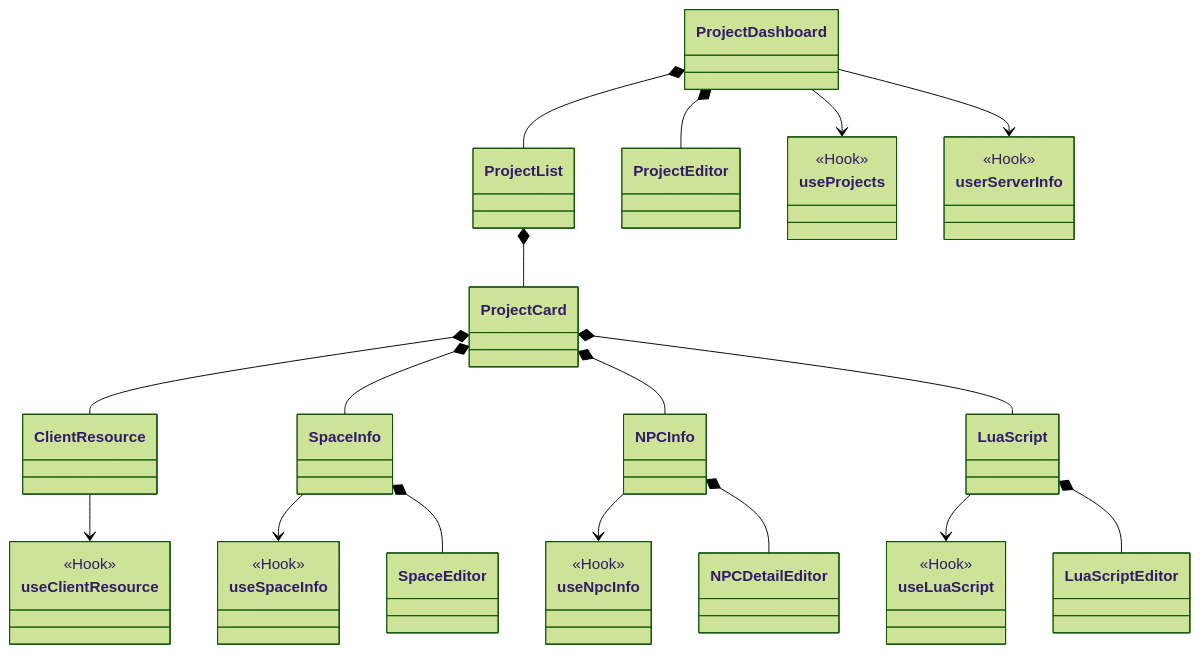
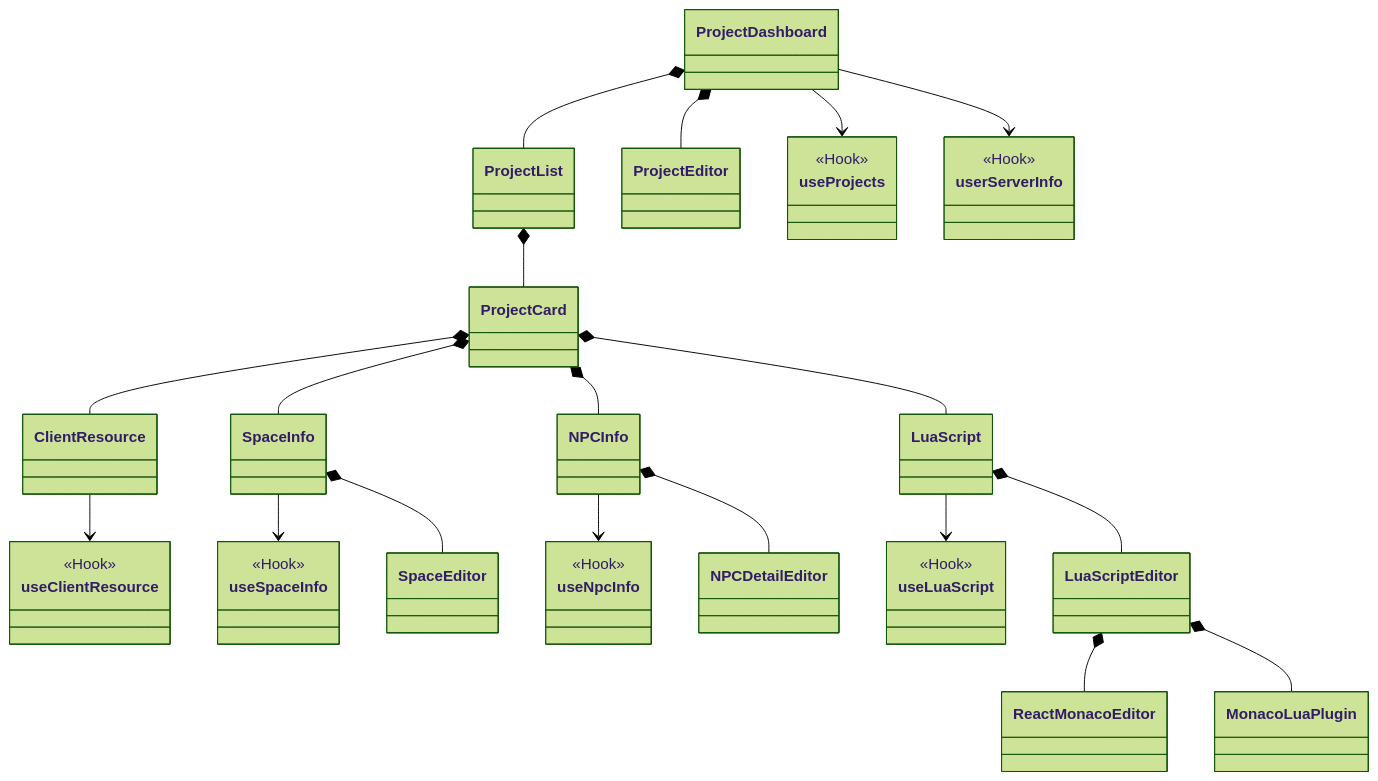
The eighth of 12 diagrams in src/routes/posts/2021/09/13-1519-xirang/document.mdx (mzvast/mzvast.github.io), drawn with Mermaid (forest theme) before and after one commit.

Commit message:
add monaco

````diff
--- a/src/routes/posts/2021/09/13-1519-xirang/document.mdx
+++ b/src/routes/posts/2021/09/13-1519-xirang/document.mdx
@@ -224,6 +224,17 @@
     class LuaScriptEditor{
     }
 
+    LuaScriptEditor *-- ReactMonacoEditor
+    LuaScriptEditor *-- MonacoLuaPlugin
+
+    class ReactMonacoEditor{
+
+    }
+
+    class MonacoLuaPlugin{
+
+    }
+
     
             
 ```
````
